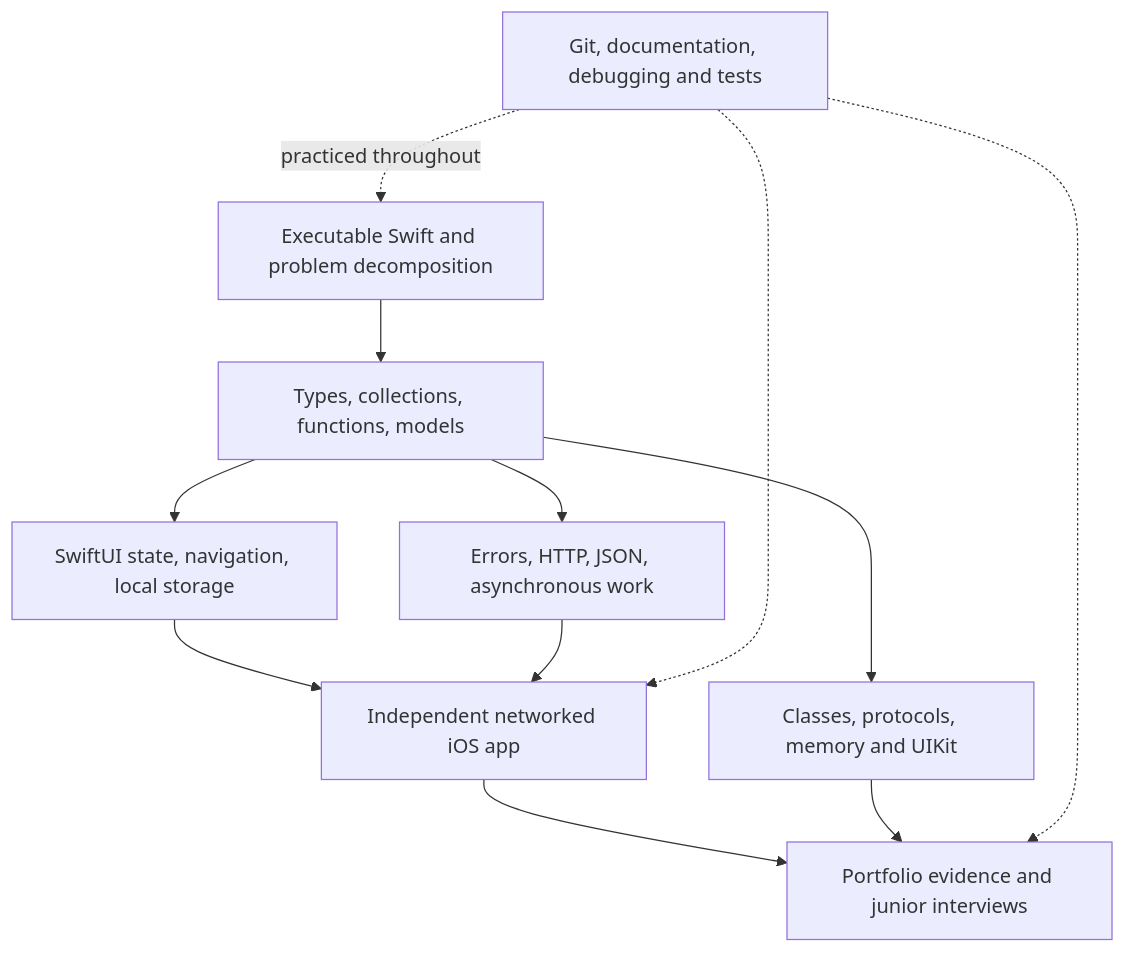
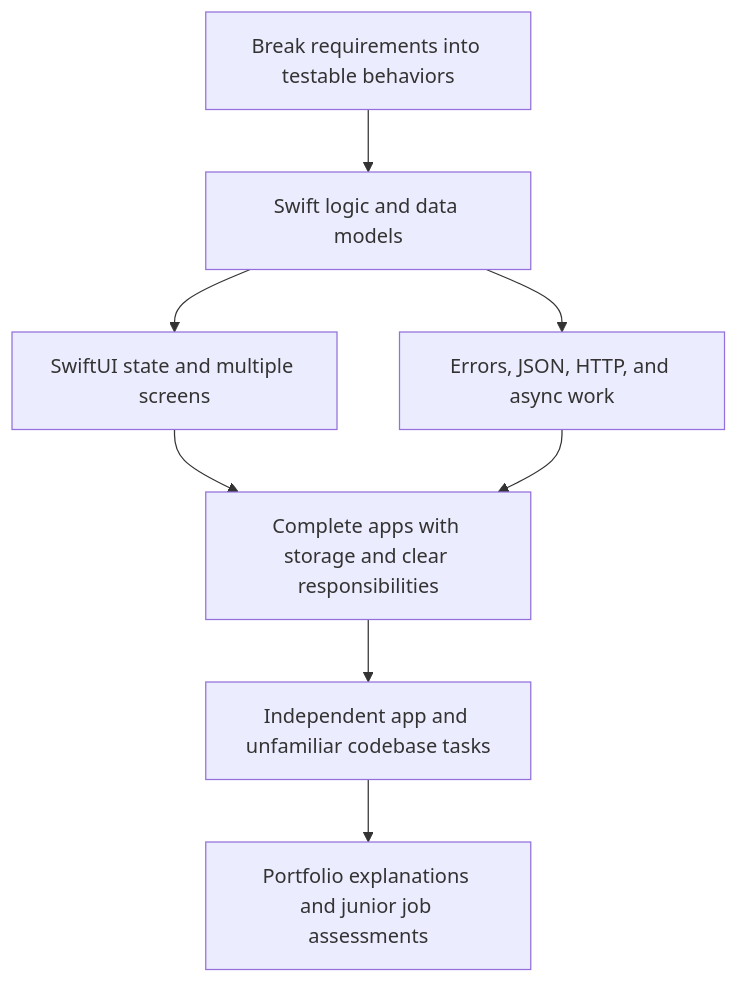
One commit to raf0411/learning changed the diagram in topics/ios-dev/ROADMAP.md. Above: the diagram before and after it, drawn with Mermaid. The commit also changed other lines of this file and 10 other files, not shown here.

````diff
--- a/topics/ios-dev/ROADMAP.md
+++ b/topics/ios-dev/ROADMAP.md
@@ -9,14 +15,10 @@
 ```mermaid
 flowchart TD
-    A[Executable Swift and problem decomposition] --> B[Types, collections, functions, models]
-    B --> C[SwiftUI state, navigation, local storage]
-    B --> D[Errors, HTTP, JSON, asynchronous work]
-    C --> E[Independent networked iOS app]
+    A[Break requirements into testable behaviors] --> B[Swift logic and data models]
+    B --> C[SwiftUI state and multiple screens]
+    B --> D[Errors, JSON, HTTP, and async work]
+    C --> E[Complete apps with storage and clear responsibilities]
     D --> E
-    B --> F[Classes, protocols, memory and UIKit]
-    E --> G[Portfolio evidence and junior interviews]
-    F --> G
-    H[Git, documentation, debugging and tests] -. practiced throughout .-> A
-    H -.-> E
-    H -.-> G
+    E --> F[Independent app and unfamiliar codebase tasks]
+    F --> G[Portfolio explanations and junior job assessments]
 ```
````
